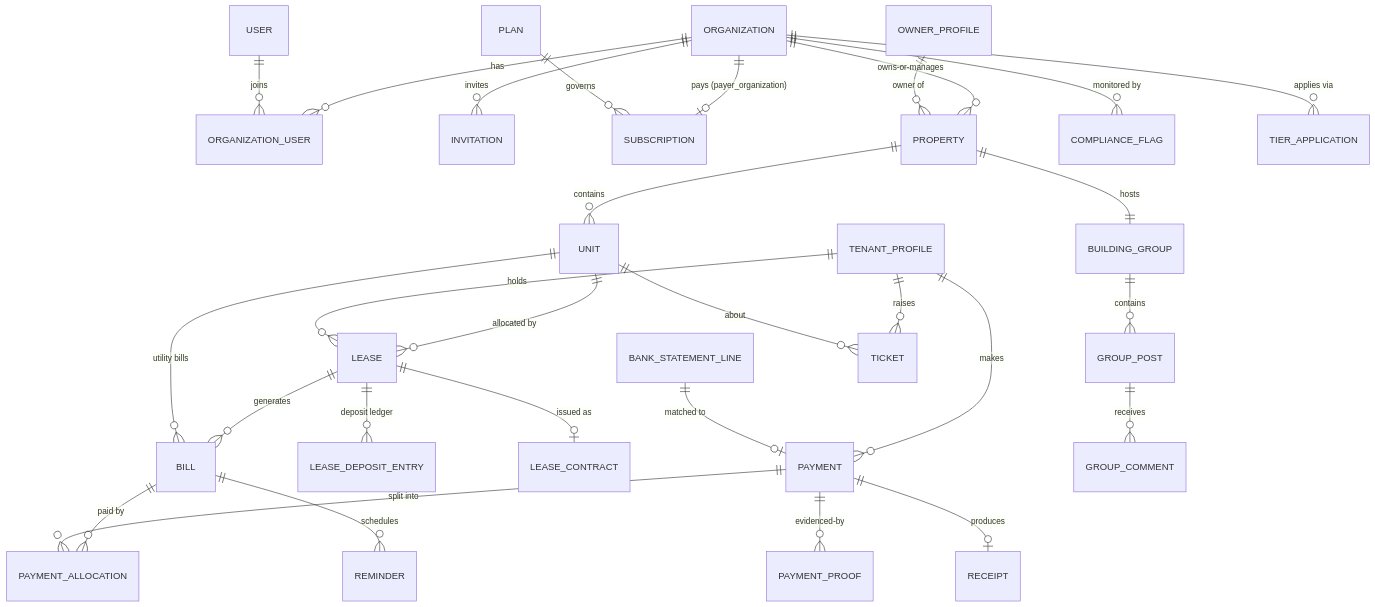
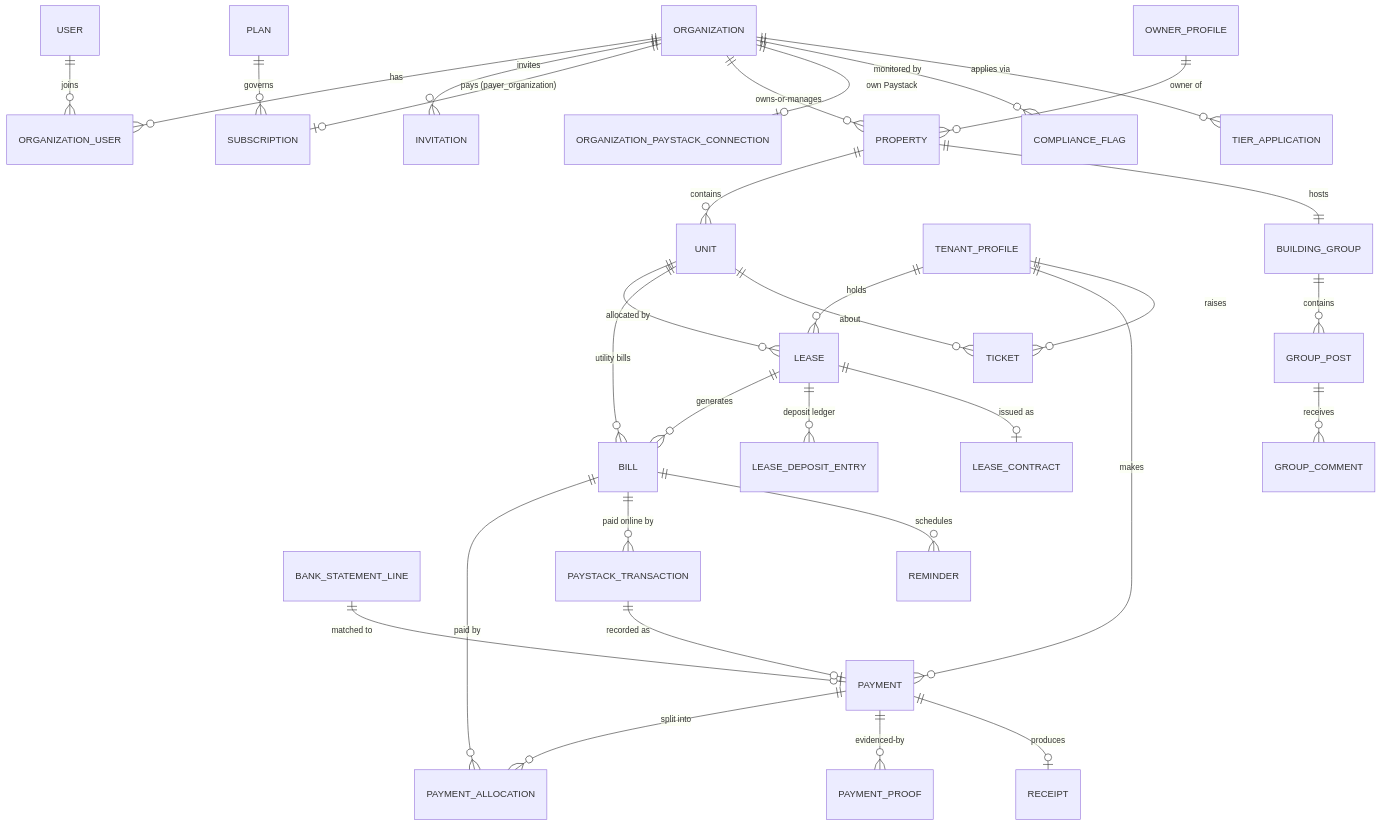
Before and after one commit to thekingchild/Goproperty: the diagram in DATABASE_SCHEMA.md, drawn with Mermaid. The commit also changed other lines of this file and 54 other files, not shown here.

First line of the commit message:
Add agency-owned Paystack: connection, per-organization webhook, pay online (P03-08)

````diff
--- a/DATABASE_SCHEMA.md
+++ b/DATABASE_SCHEMA.md
@@ -13,31 +13,34 @@
 ```mermaid
 erDiagram
     ORGANIZATION ||--o{ ORGANIZATION_USER : has
     USER ||--o{ ORGANIZATION_USER : joins
     ORGANIZATION ||--o{ INVITATION : invites
     ORGANIZATION ||--o| SUBSCRIPTION : "pays (payer_organization)"
     PLAN ||--o{ SUBSCRIPTION : governs
     ORGANIZATION ||--o{ PROPERTY : owns-or-manages
     OWNER_PROFILE ||--o{ PROPERTY : "owner of"
     PROPERTY ||--o{ UNIT : contains
     UNIT ||--o{ LEASE : "allocated by"
     TENANT_PROFILE ||--o{ LEASE : holds
     LEASE ||--o{ BILL : generates
     LEASE ||--o{ LEASE_DEPOSIT_ENTRY : "deposit ledger"
     LEASE ||--o| LEASE_CONTRACT : "issued as"
     UNIT ||--o{ BILL : "utility bills"
     BILL ||--o{ PAYMENT_ALLOCATION : "paid by"
     PAYMENT ||--o{ PAYMENT_ALLOCATION : "split into"
     TENANT_PROFILE ||--o{ PAYMENT : makes
     BANK_STATEMENT_LINE ||--o| PAYMENT : "matched to"
+    ORGANIZATION ||--o| ORGANIZATION_PAYSTACK_CONNECTION : "own Paystack"
+    BILL ||--o{ PAYSTACK_TRANSACTION : "paid online by"
+    PAYSTACK_TRANSACTION ||--o| PAYMENT : "recorded as"
     ORGANIZATION ||--o{ COMPLIANCE_FLAG : "monitored by"
     ORGANIZATION ||--o{ TIER_APPLICATION : "applies via"
     PAYMENT ||--o{ PAYMENT_PROOF : evidenced-by
     PAYMENT ||--o| RECEIPT : produces
     PROPERTY ||--|| BUILDING_GROUP : hosts
     BUILDING_GROUP ||--o{ GROUP_POST : contains
     GROUP_POST ||--o{ GROUP_COMMENT : receives
     TENANT_PROFILE ||--o{ TICKET : raises
     UNIT ||--o{ TICKET : about
     BILL ||--o{ REMINDER : schedules
 ```
````
